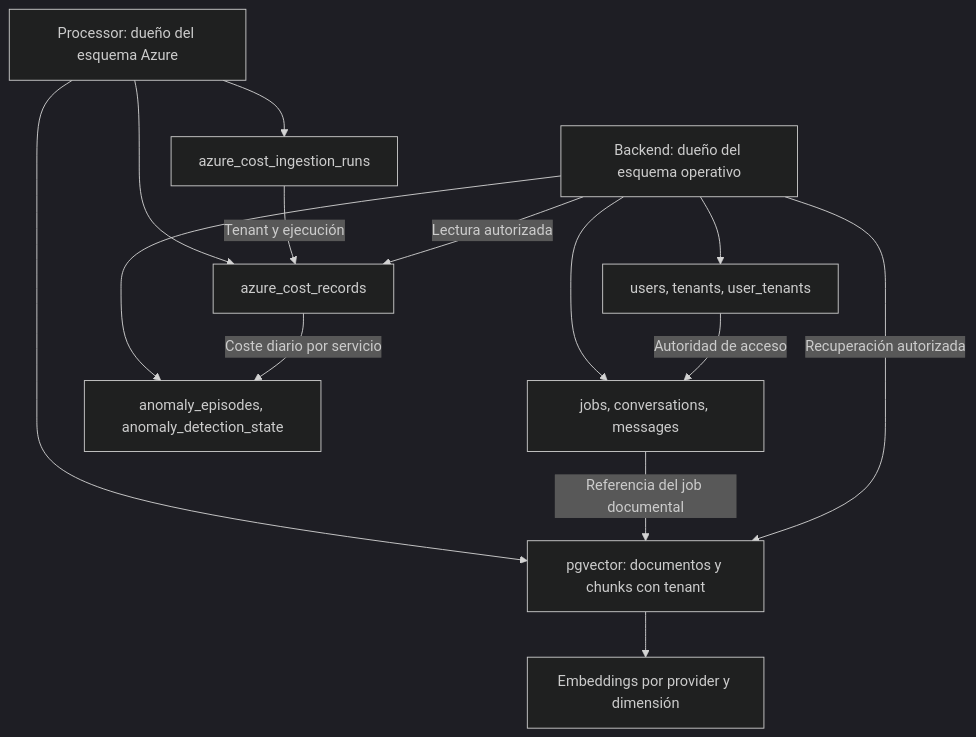
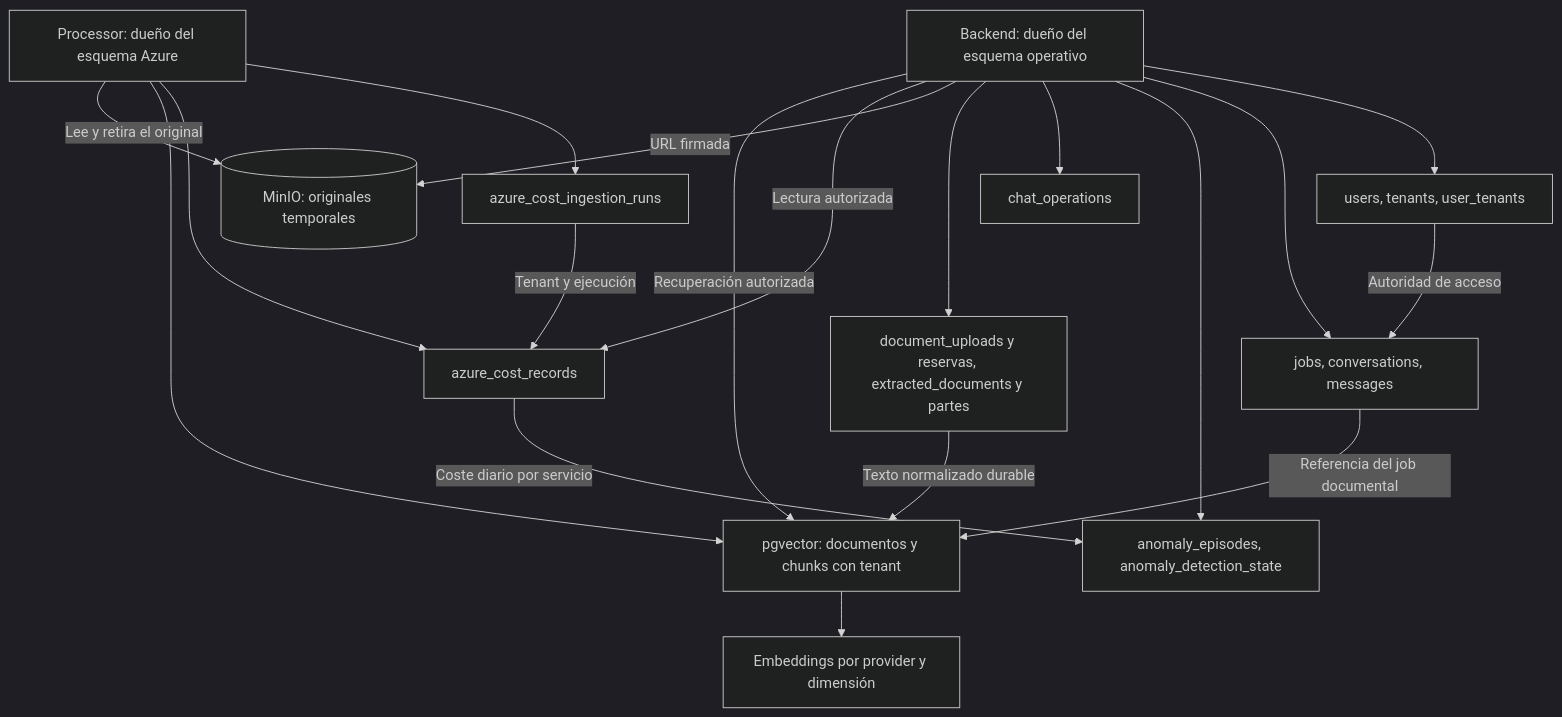
One commit to EconomiconFinOps/tfm-economicon changed the eighth of 10 diagrams in docs/architecture.md. Above: the diagram before and after it, drawn with Mermaid (dark theme). The commit also changed other lines of this file and 2 other files, not shown here.

Commit message:
docs(JUP-138): architecture.md — componentes, flujos y datos al día (§1 a §4)

````diff
--- a/docs/architecture.md
+++ b/docs/architecture.md
@@ -272,16 +411,21 @@
 ```mermaid
 flowchart TB
   B[Backend: dueño del esquema operativo] --> U[users, tenants, user_tenants]
   B --> J[jobs, conversations, messages]
   B --> A[anomaly_episodes, anomaly_detection_state]
+  B --> H[chat_operations]
+  B --> X[document_uploads y reservas, extracted_documents y partes]
   P[Processor: dueño del esquema Azure] --> R[azure_cost_ingestion_runs]
   P --> C[azure_cost_records]
   U -->|Autoridad de acceso| J
   R -->|Tenant y ejecución| C
   P --> D[pgvector: documentos y chunks con tenant]
   D --> E[Embeddings por provider y dimensión]
   J -->|Referencia del job documental| D
+  X -->|Texto normalizado durable| D
+  B -->|URL firmada| M[(MinIO: originales temporales)]
+  P -->|Lee y retira el original| M
   B -->|Lectura autorizada| C
   C -->|Coste diario por servicio| A
   B -->|Recuperación autorizada| D
 ```
````
